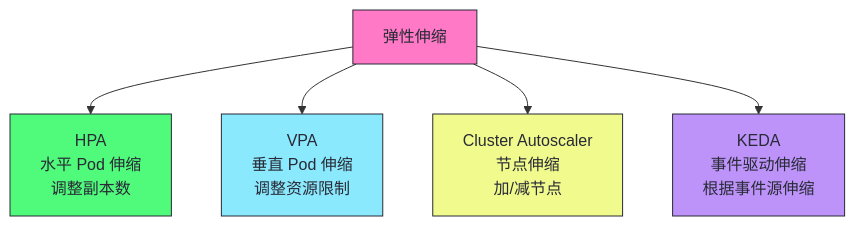
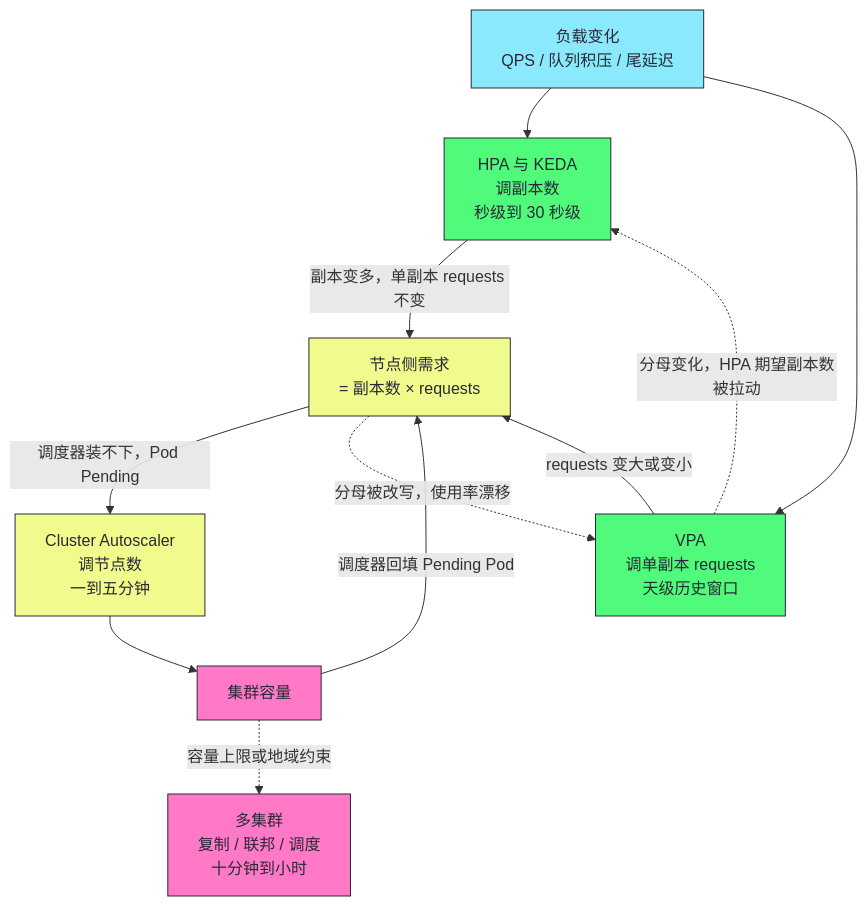
One commit to hpliStartAgain/my-brain changed the first of 5 diagrams in content/云原生/Kubernetes/Kubernetes架构深度剖析/18 弹性伸缩与多集群：HPA VPA Cluster Autoscaler 与 KubeFed.md. Above: the diagram before and after it, drawn with Mermaid. The commit also changed other lines of this file and 259 other files, not shown here.

````diff
--- a/content/云原生/Kubernetes/Kubernetes架构深度剖析/18 弹性伸缩与多集群：HPA VPA Cluster Autoscaler 与 KubeFed.md
+++ b/content/云原生/Kubernetes/Kubernetes架构深度剖析/18 弹性伸缩与多集群：HPA VPA Cluster Autoscaler 与 KubeFed.md
@@ -20,19 +34,27 @@
 ```mermaid
 %%{init: {'theme': 'dracula'}}%%
 graph TD
-    Scale["弹性伸缩"] --> HPA["HPA<br/>水平 Pod 伸缩<br/>调整副本数"]
-    Scale --> VPA["VPA<br/>垂直 Pod 伸缩<br/>调整资源限制"]
-    Scale --> CA["Cluster Autoscaler<br/>节点伸缩<br/>加/减节点"]
-    Scale --> KEDA["KEDA<br/>事件驱动伸缩<br/>根据事件源伸缩"]
+    Load["负载变化<br/>QPS / 队列积压 / 尾延迟"] --> HPA["HPA 与 KEDA<br/>调副本数<br/>秒级到 30 秒级"]
+    Load --> VPA["VPA<br/>调单副本 requests<br/>天级历史窗口"]
+    HPA -->|"副本变多，单副本 requests 不变"| Demand["节点侧需求<br/>= 副本数 × requests"]
+    VPA -->|"requests 变大或变小"| Demand
+    Demand -->|"调度器装不下，Pod Pending"| CA["Cluster Autoscaler<br/>调节点数<br/>一到五分钟"]
+    CA --> Cap["集群容量"]
+    Cap -->|"调度器回填 Pending Pod"| Demand
+    Demand -.->|"分母被改写，使用率漂移"| VPA
+    VPA -.->|"分母变化，HPA 期望副本数被拉动"| HPA
+    Cap -.->|"容量上限或地域约束"| MC["多集群<br/>复制 / 联邦 / 调度<br/>十分钟到小时"]
 
-    classDef scale fill:#ff79c6,stroke:#282a36,color:#282a36
-    classDef hpa fill:#50fa7b,stroke:#282a36,color:#282a36
-    classDef vpa fill:#8be9fd,stroke:#282a36,color:#282a36
-    classDef ca fill:#f1fa8c,stroke:#282a36,color:#282a36
-    classDef keda fill:#bd93f9,stroke:#282a36,color:#282a36
-    class Scale scale
-    class HPA hpa
-    class VPA vpa
-    class CA ca
-    class KEDA keda
+    classDef sig fill:#8be9fd,stroke:#282a36,color:#282a36
+    classDef pod fill:#50fa7b,stroke:#282a36,color:#282a36
+    classDef node fill:#f1fa8c,stroke:#282a36,color:#282a36
+    classDef clu fill:#ff79c6,stroke:#282a36,color:#282a36
+    classDef fb fill:#6272a4,stroke:#bd93f9,color:#f8f8f2
+    class Load sig
+    class HPA pod
+    class VPA pod
+    class CA node
+    class Demand node
+    class Cap clu
+    class MC clu
 ```
````
